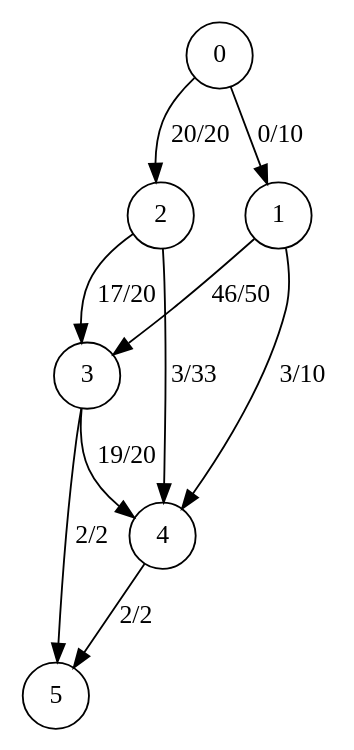
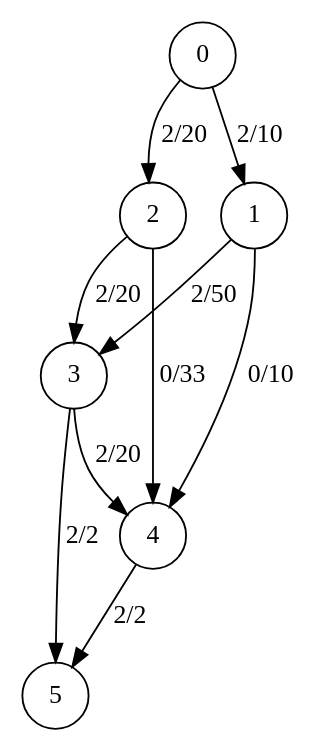
The diagram in new_graph_dot.gv (jb332/ocaml_project), drawn with Graphviz before and after one commit. The commit also changed 10 other files, not shown here.

```diff
--- a/new_graph_dot.gv
+++ b/new_graph_dot.gv
@@ -1,13 +1,13 @@
 digraph finite_state_machine { 
 size="8,5"
 node [shape = circle]; 
 4 -> 5 [ label = "2/2"];
-0 -> 1 [ label = "0/10"];
-0 -> 2 [ label = "20/20"];
-2 -> 3 [ label = "17/20"];
-2 -> 4 [ label = "3/33"];
-3 -> 4 [ label = "19/20"];
+1 -> 4 [ label = "0/10"];
+1 -> 3 [ label = "2/50"];
+0 -> 1 [ label = "2/10"];
+0 -> 2 [ label = "2/20"];
+3 -> 4 [ label = "2/20"];
 3 -> 5 [ label = "2/2"];
-1 -> 4 [ label = "3/10"];
-1 -> 3 [ label = "46/50"];
+2 -> 4 [ label = "0/33"];
+2 -> 3 [ label = "2/20"];
 }
```
